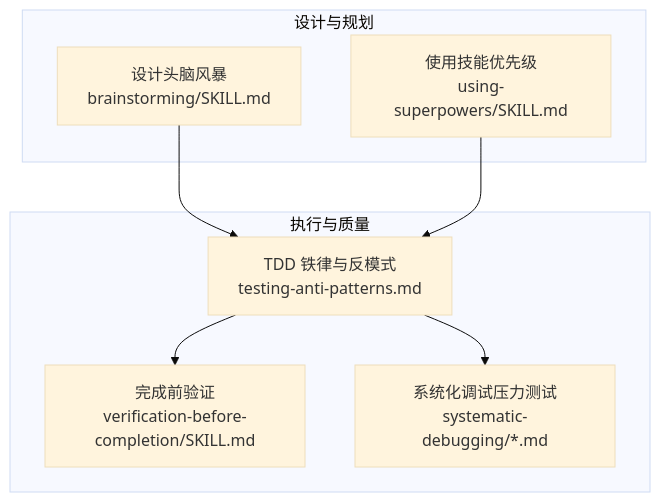
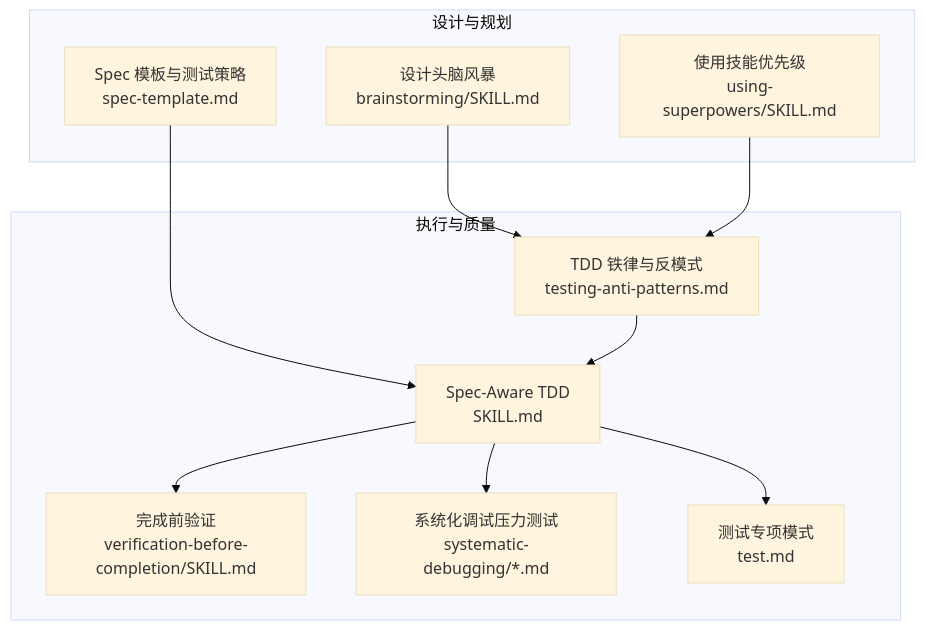
One commit to AngelWings1997/altas changed the second of 8 diagrams in .qoder/repowiki/zh/content/超级能力模块/TDD 铁律.md. Above: the diagram before and after it, drawn with Mermaid (base theme). The commit also changed other lines of this file and 22 other files, not shown here.

````diff
--- a/.qoder/repowiki/zh/content/超级能力模块/TDD 铁律.md
+++ b/.qoder/repowiki/zh/content/超级能力模块/TDD 铁律.md
@@ -73,16 +95,22 @@
 ```mermaid
 graph TB
 subgraph "设计与规划"
 B1["设计头脑风暴<br/>brainstorming/SKILL.md"]
 B2["使用技能优先级<br/>using-superpowers/SKILL.md"]
+B3["Spec 模板与测试策略<br/>spec-template.md"]
 end
 subgraph "执行与质量"
 E1["TDD 铁律与反模式<br/>testing-anti-patterns.md"]
-E2["完成前验证<br/>verification-before-completion/SKILL.md"]
-E3["系统化调试压力测试<br/>systematic-debugging/*.md"]
+E2["Spec-Aware TDD<br/>SKILL.md"]
+E3["完成前验证<br/>verification-before-completion/SKILL.md"]
+E4["系统化调试压力测试<br/>systematic-debugging/*.md"]
+E5["测试专项模式<br/>test.md"]
 end
 B1 --> E1
 B2 --> E1
+B3 --> E2
 E1 --> E2
-E1 --> E3
+E2 --> E3
+E2 --> E4
+E2 --> E5
 ```
````
